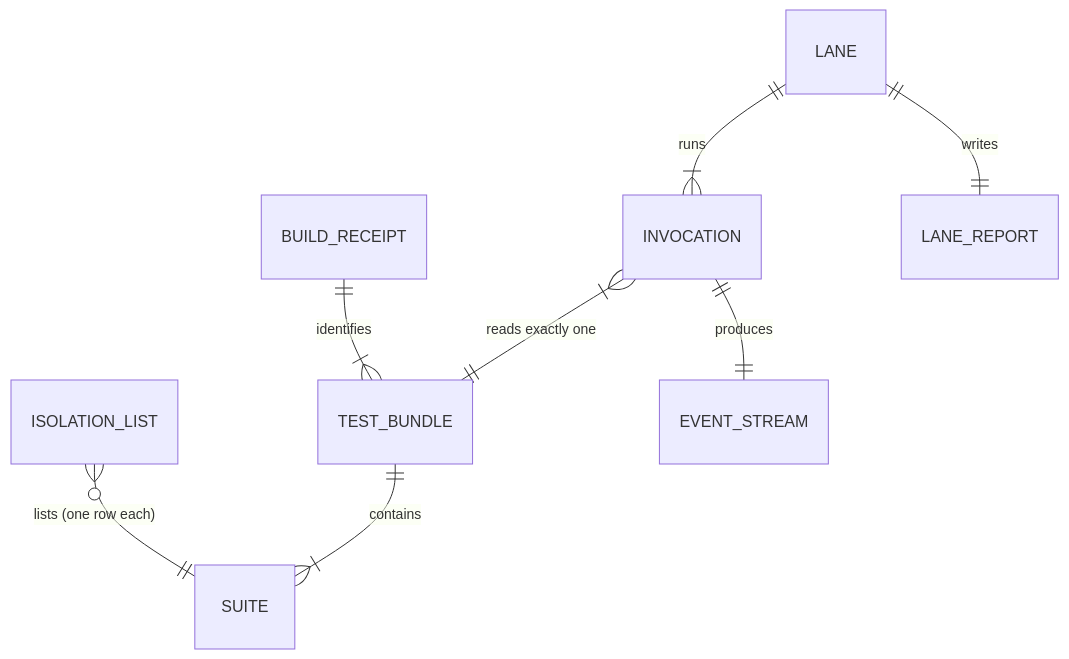
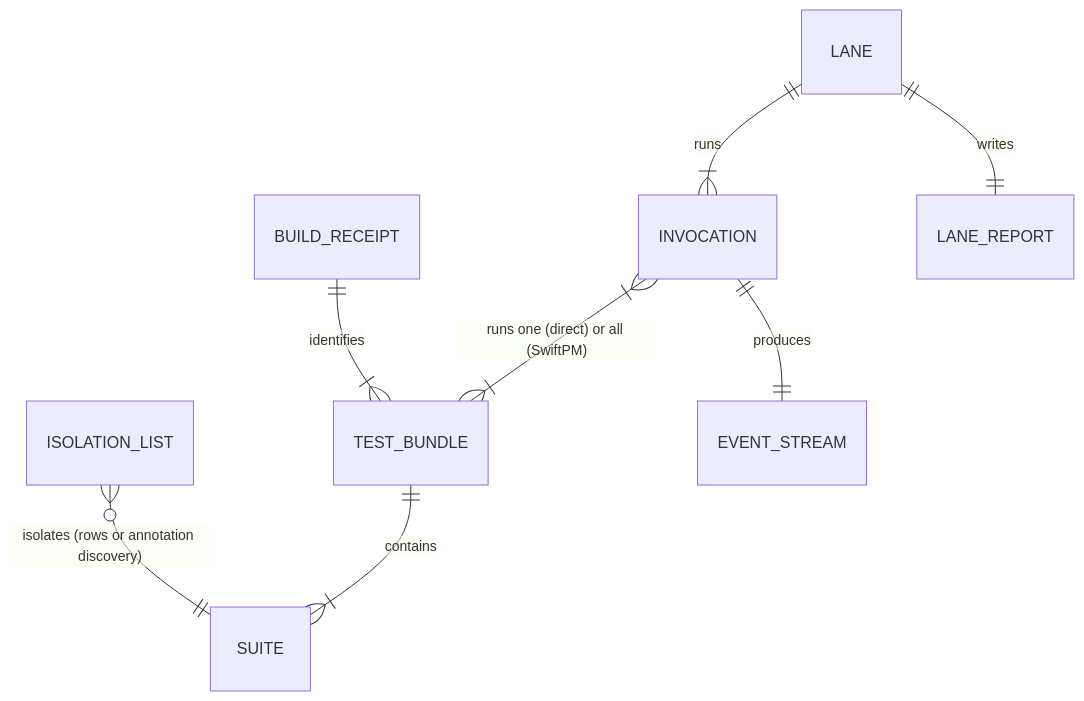
One commit to getagentstudio/agentstudio changed the second of 2 diagrams in docs/specs/2026-10-04-swift-test-runner-per-target-bundles/2026-10-04-swift-test-runner-per-target-bundles-specification.md. Above: the diagram before and after it, drawn with Mermaid. The commit also changed other lines of this file and 1 other file, not shown here.

Commit message:
Per-target Swift test runner: Program Design, and the Specification corrections from its independent review

````diff
--- a/docs/specs/2026-10-04-swift-test-runner-per-target-bundles/2026-10-04-swift-test-runner-per-target-bundles-specification.md
+++ b/docs/specs/2026-10-04-swift-test-runner-per-target-bundles/2026-10-04-swift-test-runner-per-target-bundles-specification.md
@@ -40,10 +40,10 @@
 ```mermaid
 erDiagram
   TEST_BUNDLE ||--|{ SUITE : contains
-  ISOLATION_LIST }o--|| SUITE : "lists (one row each)"
+  ISOLATION_LIST }o--|| SUITE : "isolates (rows or annotation discovery)"
   LANE ||--|{ INVOCATION : runs
-  INVOCATION }|--|| TEST_BUNDLE : "reads exactly one"
+  INVOCATION }|--|{ TEST_BUNDLE : "runs one (direct) or all (SwiftPM)"
   INVOCATION ||--|| EVENT_STREAM : produces
   BUILD_RECEIPT ||--|{ TEST_BUNDLE : identifies
   LANE ||--|| LANE_REPORT : writes
 ```
````
